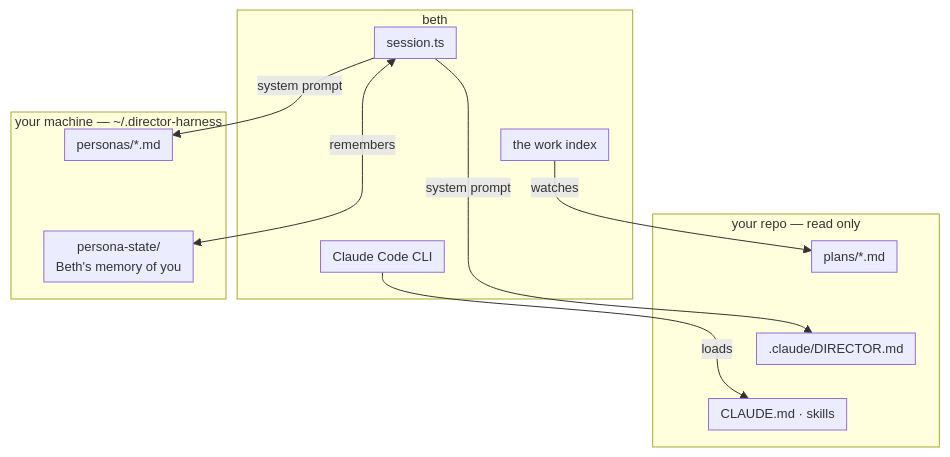
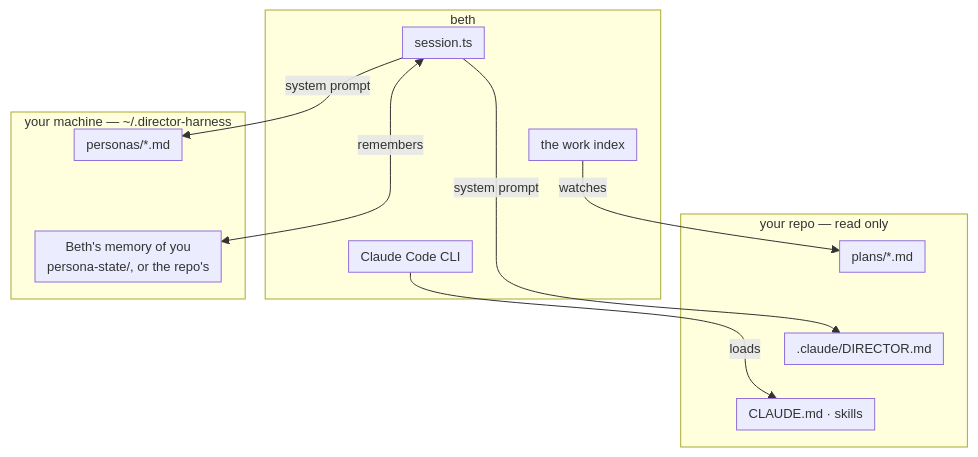
The second of 2 diagrams in README.md (dannybrian/beth), drawn with Mermaid before and after one commit. The commit also changed other lines of this file and 42 other files, not shown here.

````diff
--- a/README.md
+++ b/README.md
@@ -152,29 +138,29 @@
 ```mermaid
 %%{init: {"themeVariables": {"fontSize": "13px"}, "flowchart": {"nodeSpacing": 28, "rankSpacing": 34, "padding": 6}}}%%
 flowchart TB
   subgraph HARNESS["beth"]
     SES2["session.ts"]
     IDX["the work index"]
     CC2["Claude Code CLI"]
     SES2 ~~~ IDX ~~~ CC2
   end
 
   subgraph REPO["your repo — read only"]
     PLANS["plans/*.md"]
     DIR[".claude/DIRECTOR.md"]
     PROJ["CLAUDE.md · skills"]
     PLANS ~~~ DIR ~~~ PROJ
   end
 
   subgraph HOME["your machine — ~/.director-harness"]
     PERS["personas/*.md"]
-    MEM["persona-state/<br/>Beth's memory of you"]
+    MEM["Beth's memory of you<br/>persona-state/, or the repo's"]
     PERS ~~~ MEM
   end
 
   IDX -->|"watches"| PLANS
   SES2 -->|"system prompt"| DIR
   SES2 -->|"system prompt"| PERS
   SES2 <-->|"remembers"| MEM
   CC2 -->|"loads"| PROJ
 ```
````
